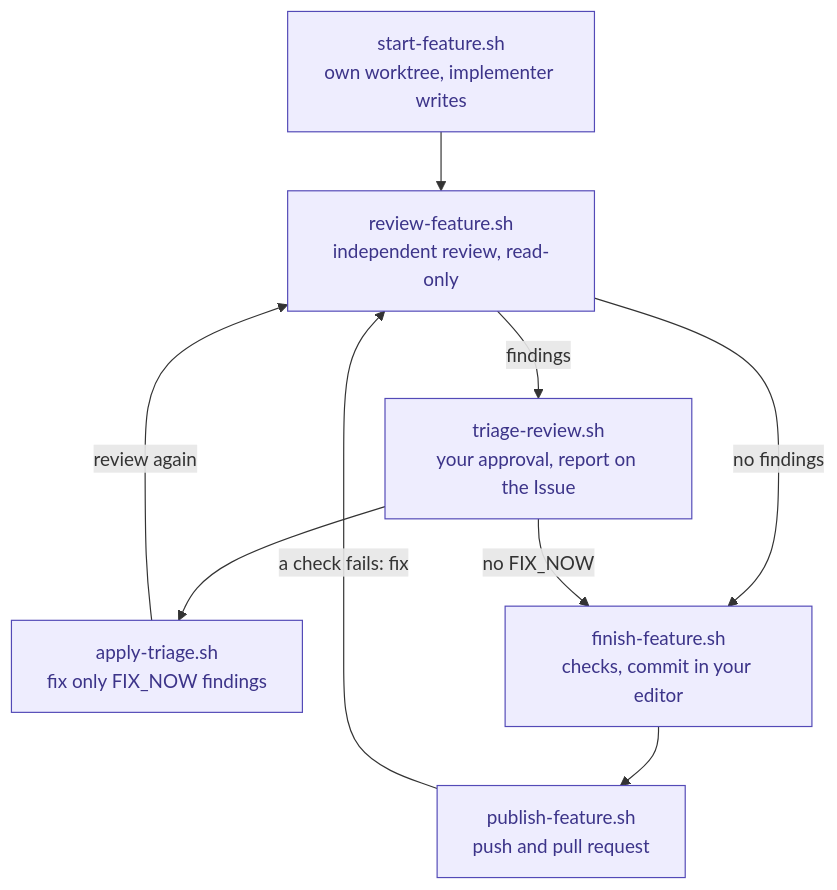
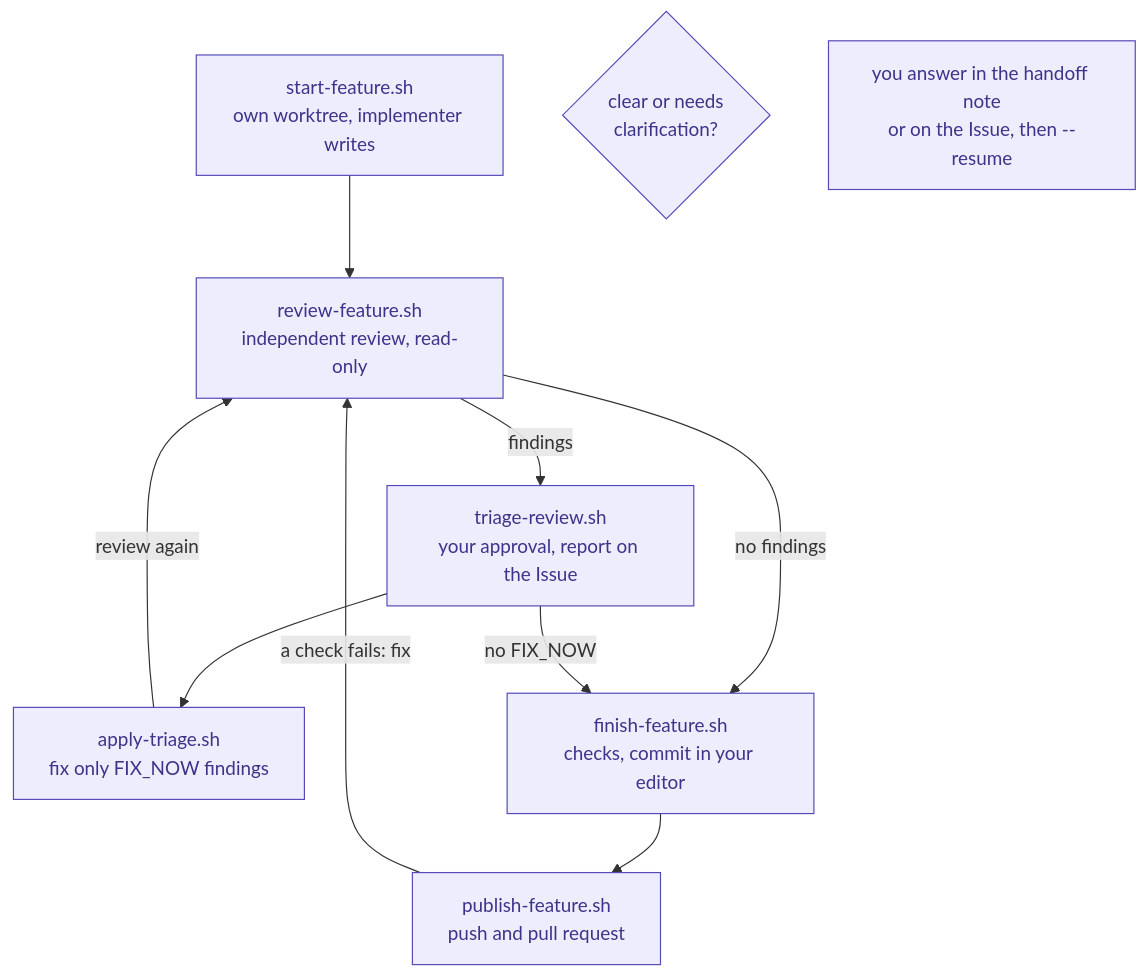
One commit to taspinar/agentic-coding-template changed the fourth of 6 diagrams in docs/workflow.md. Above: the diagram before and after it, drawn with Mermaid. The commit also changed other lines of this file and 8 other files, not shown here.

````diff
--- a/docs/workflow.md
+++ b/docs/workflow.md
@@ -125,21 +128,23 @@
 ```mermaid
 flowchart TD
   start["start-feature.sh<br/>own worktree, implementer writes"]
+  clarify{"clear or needs<br/>clarification?"}
+  answer["you answer in the handoff note<br/>or on the Issue, then --resume"]
   review["review-feature.sh<br/>independent review, read-only"]
   triage["triage-review.sh<br/>your approval, report on the Issue"]
   apply["apply-triage.sh<br/>fix only FIX_NOW findings"]
   finish["finish-feature.sh<br/>checks, commit in your editor"]
   publish["publish-feature.sh<br/>push and pull request"]
 
   start --> review
   review -- findings --> triage
   triage --> apply
   apply -- review again --> review
   review -- no findings --> finish
   triage -- no FIX_NOW --> finish
   finish --> publish
   publish -- a check fails: fix --> review
 
   classDef feat fill:#EEEDFE,stroke:#534AB7,color:#3C3489
-  class start,review,triage,apply,finish,publish feat
+  class start,clarify,answer,review,triage,apply,finish,publish feat
 ```
````
